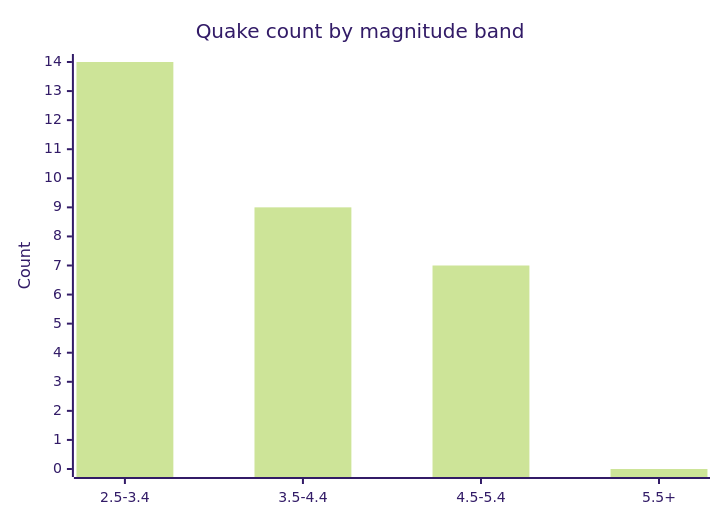
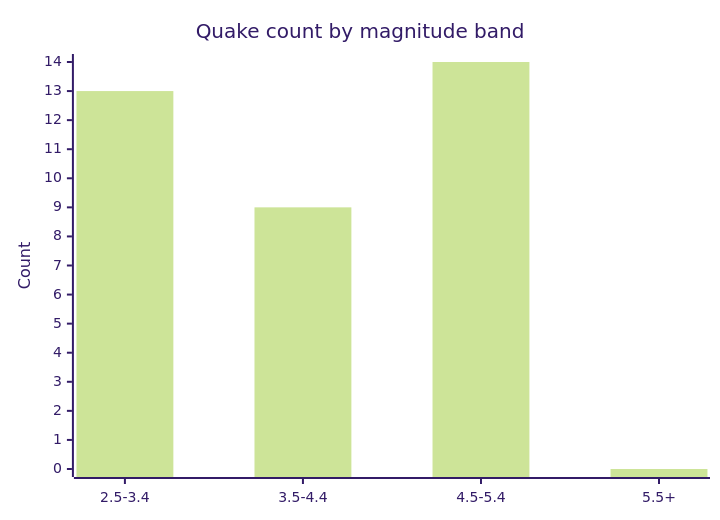
One commit to Midwest-Stratospheric/aerostratospheric-defense-gir changed the fifth of 6 diagrams in docs/GRAPHS.md. Above: the diagram before and after it, drawn with Mermaid (forest theme). The commit also changed other lines of this file and 24 other files, not shown here.

````diff
--- a/docs/GRAPHS.md
+++ b/docs/GRAPHS.md
@@ -82,7 +82,7 @@
 ```mermaid
 xychart-beta
   title "Quake count by magnitude band"
   x-axis ["2.5-3.4", "3.5-4.4", "4.5-5.4", "5.5+"]
   y-axis "Count" 0 --> 14
-  bar [14, 9, 7, 0]
+  bar [13, 9, 14, 0]
 ```
````
